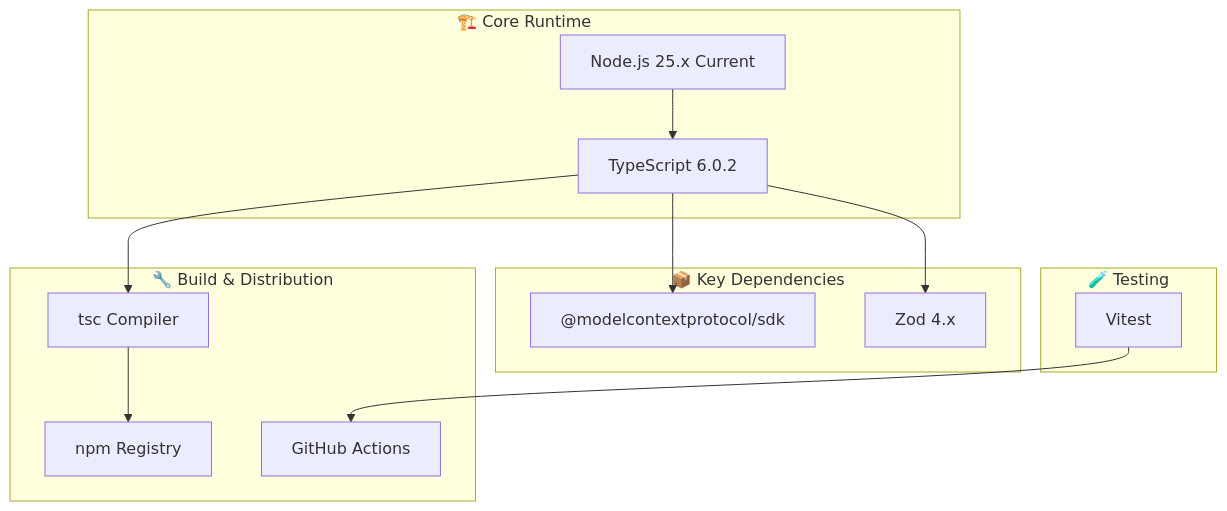
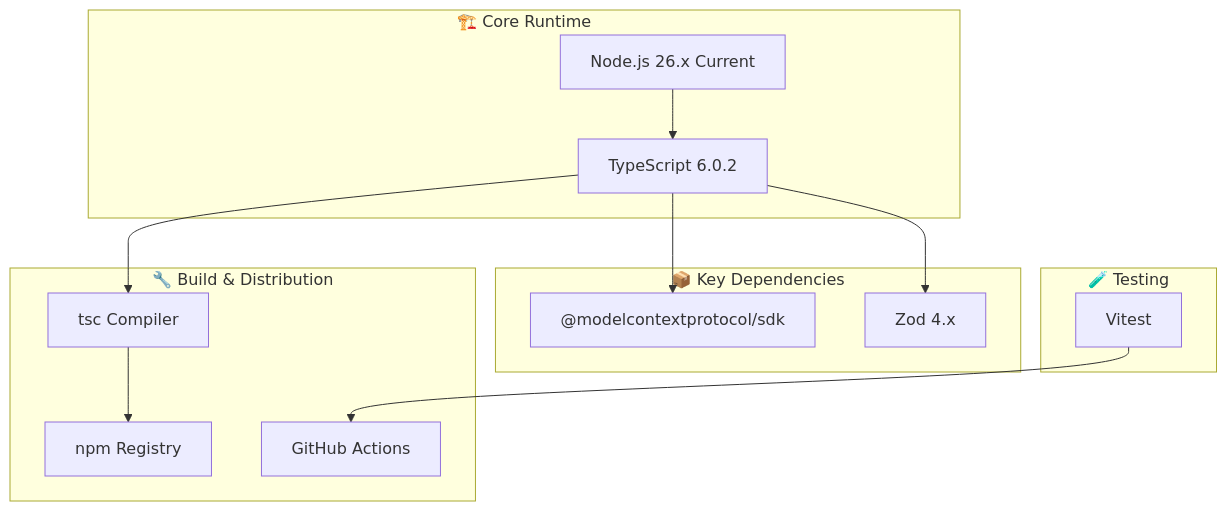
Before and after one commit to Hack23/European-Parliament-MCP-Server: the first of 2 diagrams in End-of-Life-Strategy.md, drawn with Mermaid. The commit also changed other lines of this file and 18 other files, not shown here.

````diff
--- a/End-of-Life-Strategy.md
+++ b/End-of-Life-Strategy.md
@@ -64,23 +64,23 @@
 ```mermaid
 graph TB
     subgraph "🏗️ Core Runtime"
-        NODE[Node.js 25.x Current]
+        NODE[Node.js 26.x Current]
         TS[TypeScript 6.0.2]
     end
     subgraph "📦 Key Dependencies"
         MCP["@modelcontextprotocol/sdk"]
         ZOD[Zod 4.x]
     end
     subgraph "🧪 Testing"
         VIT[Vitest]
     end
     subgraph "🔧 Build & Distribution"
         NPM[npm Registry]
         GHA[GitHub Actions]
         TSC[tsc Compiler]
     end
 
     NODE --> TS --> MCP & ZOD
     TS --> TSC --> NPM
     VIT --> GHA
 ```
````
